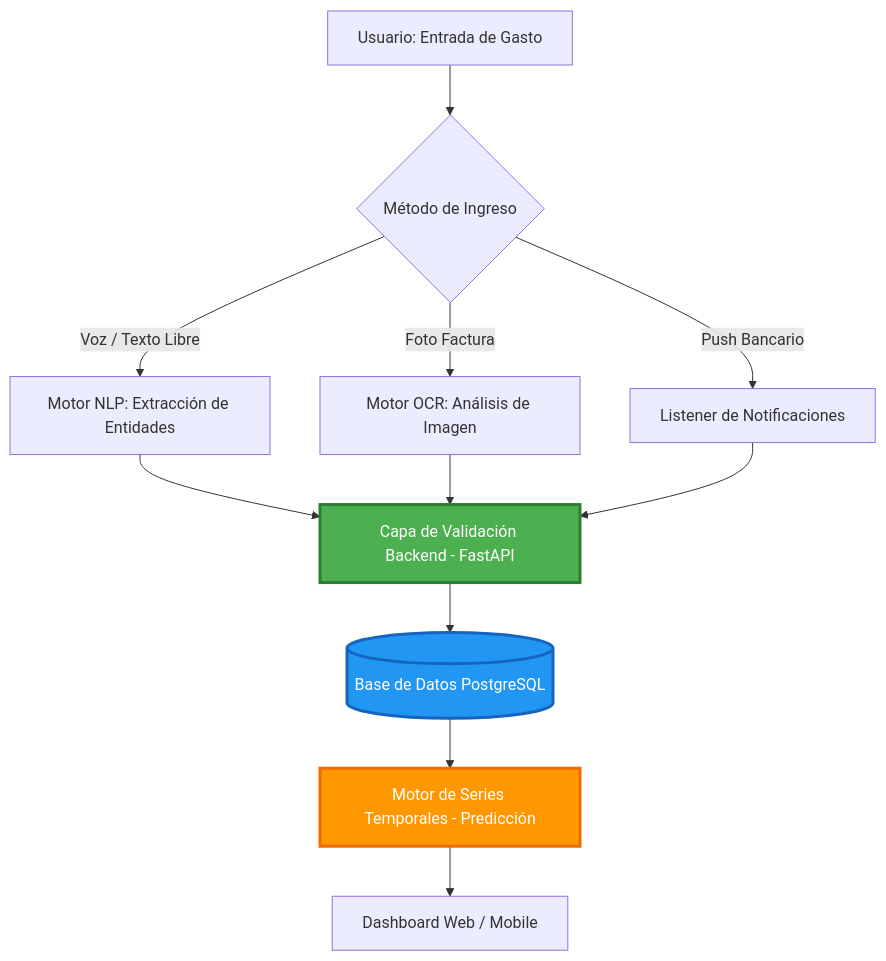
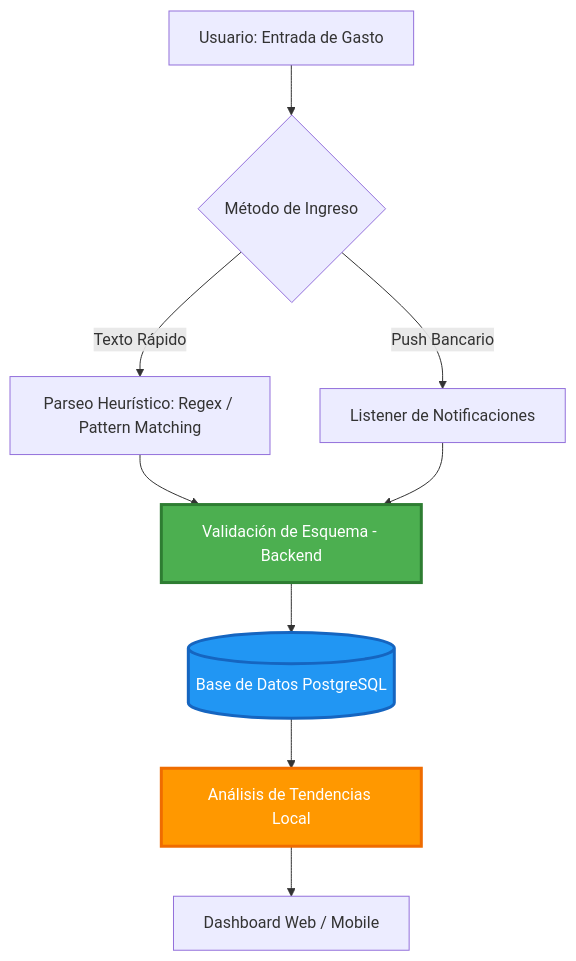
The diagram in Readme.md (Martin-Munive/GASTOS_DIARIOS), drawn with Mermaid before and after one commit. The commit also changed other lines of this file, not shown here.

Commit message:
003 - El proyecto no usará IA, se eliminan las referencias al respecto.

````diff
--- a/Readme.md
+++ b/Readme.md
@@ -69,16 +69,14 @@
 ```mermaid
 graph TD
     A[Usuario: Entrada de Gasto] --> B{Método de Ingreso}
-    B -- Voz / Texto Libre --> C[Motor NLP: Extracción de Entidades]
-    B -- Foto Factura --> D[Motor OCR: Análisis de Imagen]
+    B -- Texto Rápido --> C[Parseo Heurístico: Regex / Pattern Matching]
     B -- Push Bancario --> E[Listener de Notificaciones]
-    C --> F[Capa de Validación Backend - FastAPI]
-    D --> F
+    C --> F[Validación de Esquema - Backend]
     E --> F
     F --> G[(Base de Datos PostgreSQL)]
-    G --> H[Motor de Series Temporales - Predicción]
+    G --> H[Análisis de Tendencias Local]
     H --> I[Dashboard Web / Mobile]
     style F fill:#4CAF50,stroke:#2E7D32,stroke-width:3px,color:#fff
     style G fill:#2196F3,stroke:#1565C0,stroke-width:3px,color:#fff
     style H fill:#FF9800,stroke:#EF6C00,stroke-width:3px,color:#fff
 ```
````
